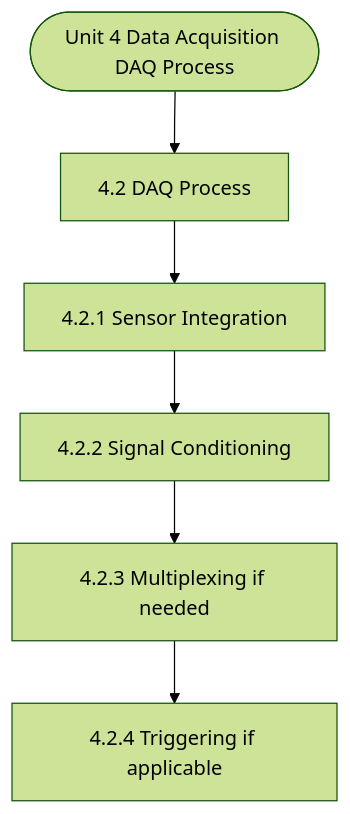
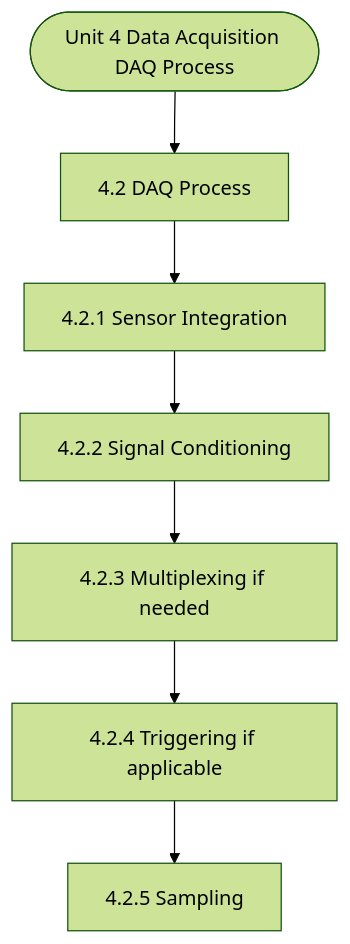
Before and after one commit to Asutosh-Coaching/mscdsa: the diagram in notes/Semester_1/MCS-062_Introduction_to_Data_Science/unit_04_Data_Acquisition_(DAQ)_Process.md, drawn with Mermaid (forest theme). The commit also changed other lines of this file and 116 other files, not shown here.

````diff
--- a/notes/Semester_1/MCS-062_Introduction_to_Data_Science/unit_04_Data_Acquisition_(DAQ)_Process.md
+++ b/notes/Semester_1/MCS-062_Introduction_to_Data_Science/unit_04_Data_Acquisition_(DAQ)_Process.md
@@ -19,14 +19,16 @@
 ```mermaid
 flowchart TD
   Start(["Unit 4 Data Acquisition DAQ Process"])
   N1["4.2 DAQ Process"]
   N2["4.2.1 Sensor Integration"]
   N3["4.2.2 Signal Conditioning"]
   N4["4.2.3 Multiplexing if needed"]
   N5["4.2.4 Triggering if applicable"]
+  N6["4.2.5 Sampling"]
   Start --> N1
   N1 --> N2
   N2 --> N3
   N3 --> N4
   N4 --> N5
+  N5 --> N6
 ```
````
